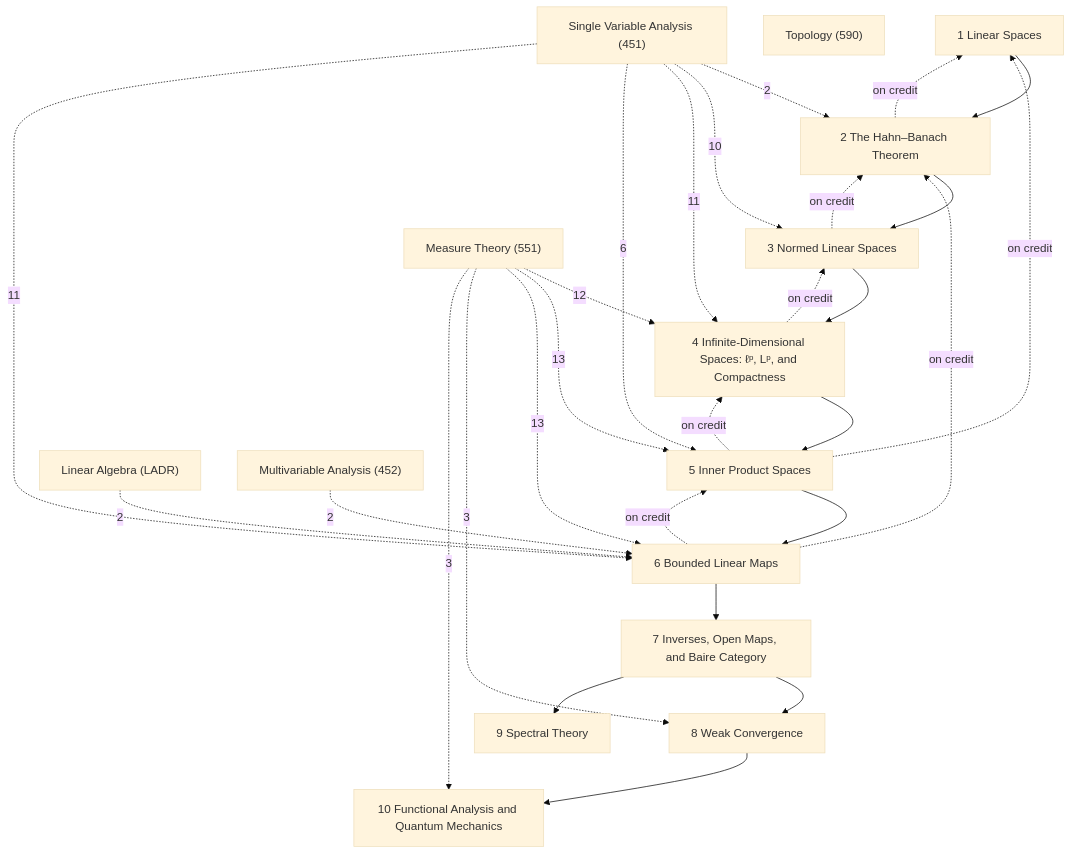
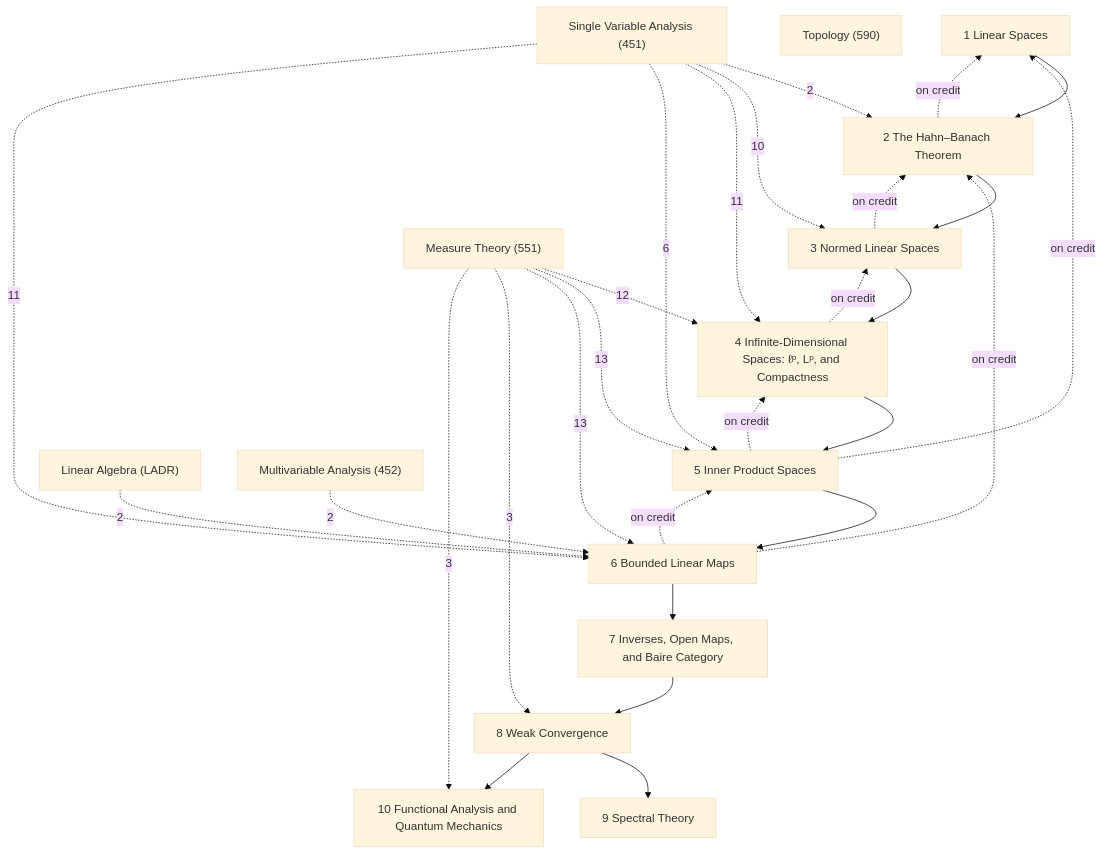
One commit to Onion20040508/notes changed the diagram in Math/Functional Analysis/Functional Analysis.md. Above: the diagram before and after it, drawn with Mermaid (base theme). The commit also changed other lines of this file and 100 other files, not shown here.

````diff
--- a/Math/Functional Analysis/Functional Analysis.md
+++ b/Math/Functional Analysis/Functional Analysis.md
@@ -33,46 +33,46 @@
 ```mermaid
 graph TD
   C1["1 Linear Spaces"]
   C2["2 The Hahn–Banach Theorem"]
   C3["3 Normed Linear Spaces"]
   C4["4 Infinite-Dimensional Spaces: ℓᵖ, Lᵖ, and Compactness"]
   C5["5 Inner Product Spaces"]
   C6["6 Bounded Linear Maps"]
   C7["7 Inverses, Open Maps, and Baire Category"]
   C8["8 Weak Convergence"]
   C9["9 Spectral Theory"]
   C10["10 Functional Analysis and Quantum Mechanics"]
   X1["Linear Algebra (LADR)"]
   X2["Measure Theory (551)"]
   X3["Topology (590)"]
   X4["Single Variable Analysis (451)"]
   X5["Multivariable Analysis (452)"]
   C1 --> C2
   C2 --> C3
   C3 --> C4
   C4 --> C5
   C5 --> C6
   C6 --> C7
   C7 --> C8
-  C7 --> C9
+  C8 --> C9
   C8 --> C10
   C2 -.->|on credit| C1
   C3 -.->|on credit| C2
   C4 -.->|on credit| C3
   C5 -.->|on credit| C1
   C5 -.->|on credit| C4
   C6 -.->|on credit| C2
   C6 -.->|on credit| C5
   X1 -.->|2| C6
   X2 -.->|12| C4
   X2 -.->|13| C5
   X2 -.->|13| C6
   X2 -.->|3| C8
   X2 -.->|3| C10
   X5 -.->|2| C6
   X4 -.->|2| C2
   X4 -.->|10| C3
   X4 -.->|11| C4
   X4 -.->|6| C5
   X4 -.->|11| C6
 ```
````
